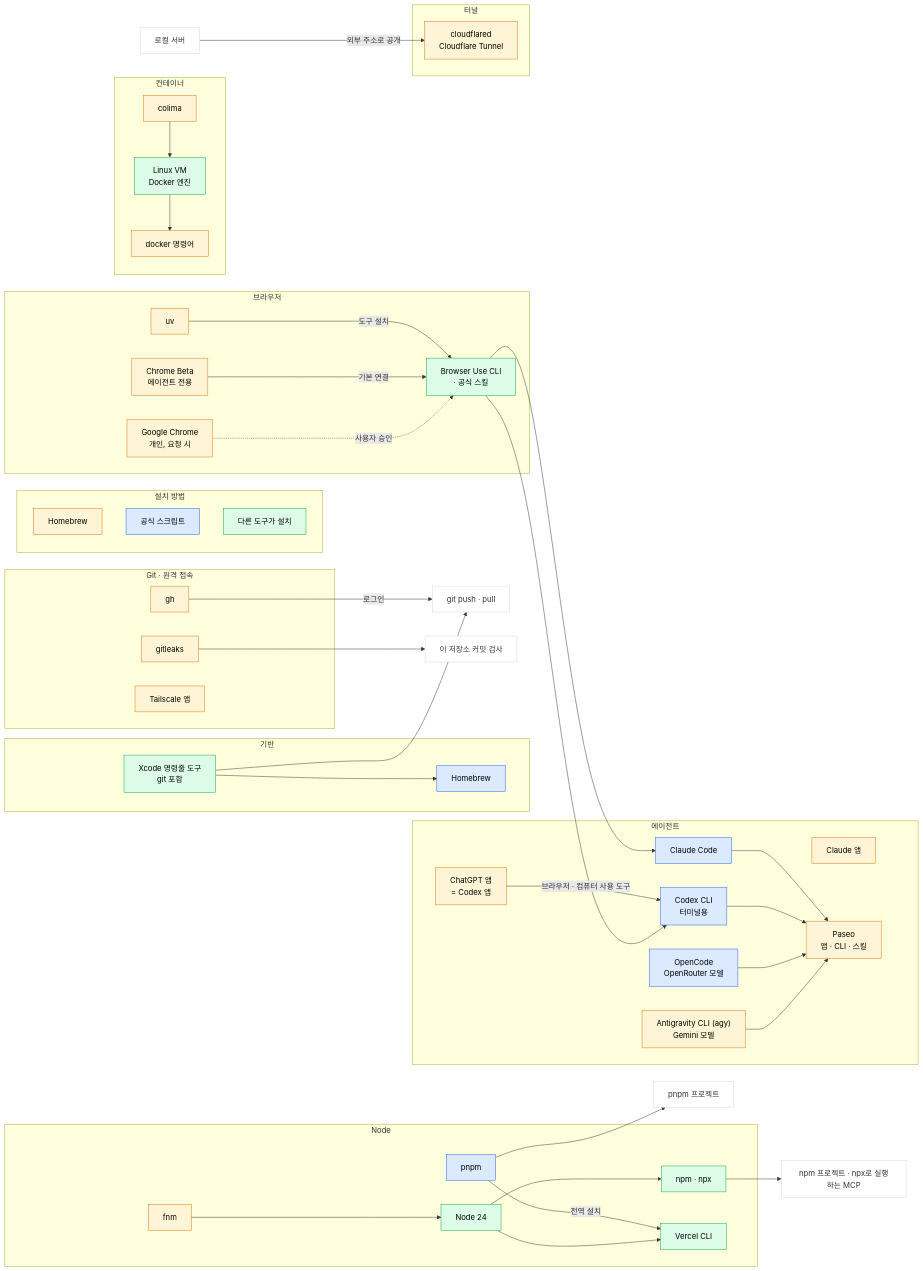
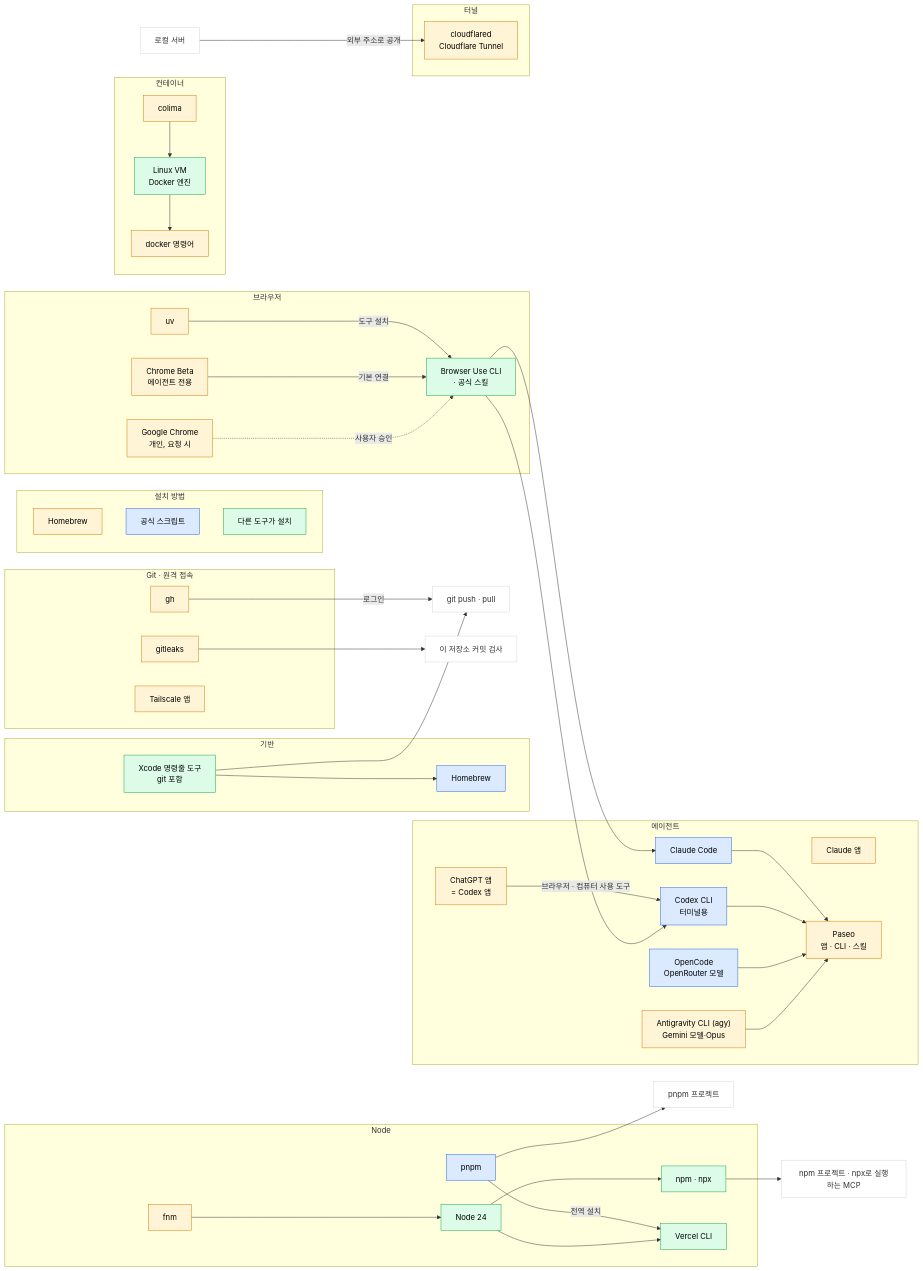
The diagram in TOOLS.md (01-works/bootstrap), drawn with Mermaid before and after one commit. The commit also changed other lines of this file and 6 other files, not shown here.

First line of the commit message:
feat: agy 쿼터로 Opus (agy) 선택용 프로필을 두고 Scan Reviewer를 Argon으로 바꾼다 (#132)

```diff
--- a/TOOLS.md
+++ b/TOOLS.md
@@ -58,7 +58,7 @@
     CHATGPT["ChatGPT 앱<br/>= Codex 앱"]
     CODEX["Codex CLI<br/>터미널용"]
     OPENCODE["OpenCode<br/>OpenRouter 모델"]
-    AGY["Antigravity CLI (agy)<br/>Gemini 모델"]
+    AGY["Antigravity CLI (agy)<br/>Gemini 모델·Opus"]
     PASEO["Paseo<br/>앱 · CLI · 스킬"]
   end
   CHATGPT -->|브라우저 · 컴퓨터 사용 도구| CODEX
```
